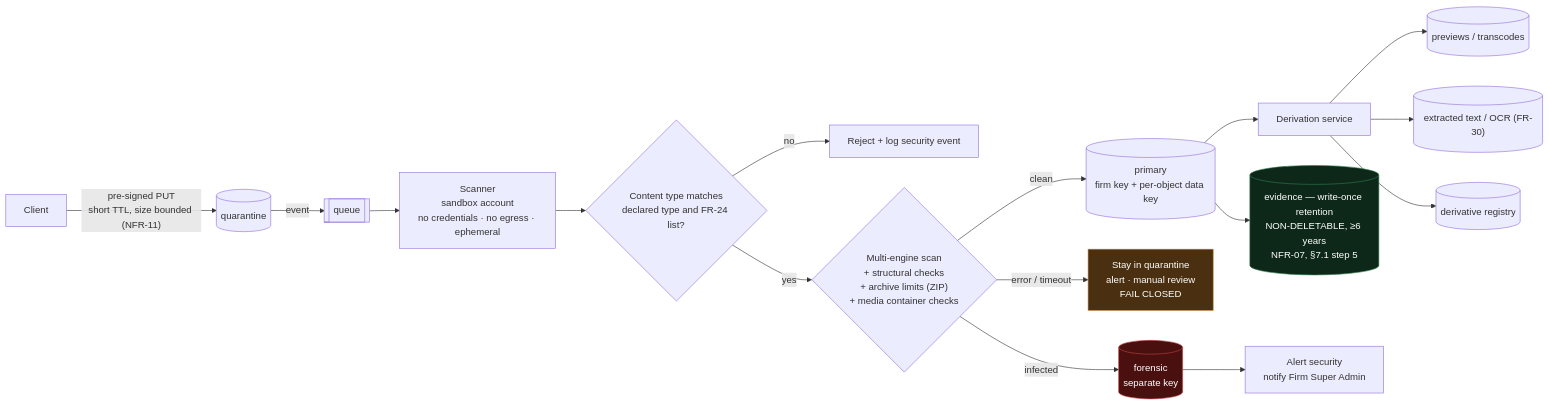
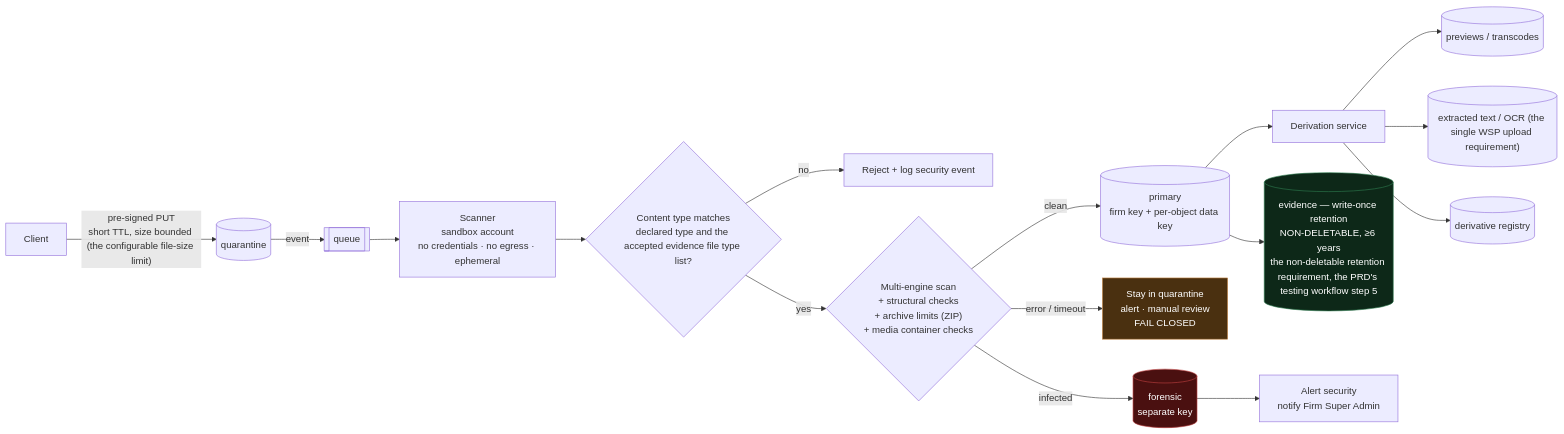
One commit to sayone-tech/Compliance_iq_backend changed the fourth of 11 diagrams in docs/research/Data And Document Security/architecture-diagrams.md. Above: the diagram before and after it, drawn with Mermaid. The commit also changed other lines of this file and 39 other files, not shown here.

````diff
--- a/docs/research/Data And Document Security/architecture-diagrams.md
+++ b/docs/research/Data And Document Security/architecture-diagrams.md
@@ -143,25 +143,25 @@
 ```mermaid
 flowchart LR
-    A["Client"] -->|"pre-signed PUT<br/>short TTL, size bounded (NFR-11)"| Q[("quarantine")]
+    A["Client"] -->|"pre-signed PUT<br/>short TTL, size bounded (the configurable file-size limit)"| Q[("quarantine")]
     Q -->|"event"| SQS[["queue"]]
     SQS --> SC["Scanner<br/>sandbox account<br/>no credentials · no egress · ephemeral"]
 
-    SC --> MB{"Content type matches<br/>declared type and FR-24 list?"}
+    SC --> MB{"Content type matches<br/>declared type and the accepted evidence file type list?"}
     MB -->|no| REJ["Reject + log security event"]
     MB -->|yes| AV{"Multi-engine scan<br/>+ structural checks<br/>+ archive limits (ZIP)<br/>+ media container checks"}
     AV -->|infected| FOR[("forensic<br/>separate key")]
     AV -->|"error / timeout"| HOLD["Stay in quarantine<br/>alert · manual review<br/>FAIL CLOSED"]
     AV -->|clean| P[("primary<br/>firm key + per-object data key")]
 
     P --> DER["Derivation service"]
     DER --> TH[("previews / transcodes")]
-    DER --> TX[("extracted text / OCR (FR-30)")]
+    DER --> TX[("extracted text / OCR (the single WSP upload requirement)")]
     DER --> REG[("derivative registry")]
-    P --> EVD[("evidence — write-once retention<br/>NON-DELETABLE, ≥6 years<br/>NFR-07, §7.1 step 5")]
+    P --> EVD[("evidence — write-once retention<br/>NON-DELETABLE, ≥6 years<br/>the non-deletable retention requirement, the PRD's testing workflow step 5")]
 
     FOR --> ALERT["Alert security<br/>notify Firm Super Admin"]
 
     style HOLD fill:#4a3010,stroke:#c08040,color:#fff
     style FOR fill:#4a1010,stroke:#c04040,color:#fff
     style EVD fill:#0d2818,stroke:#2e7d4f,color:#fff
 ```
````
